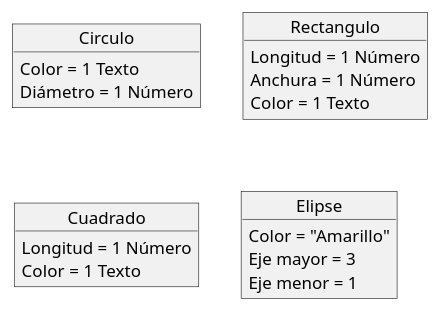
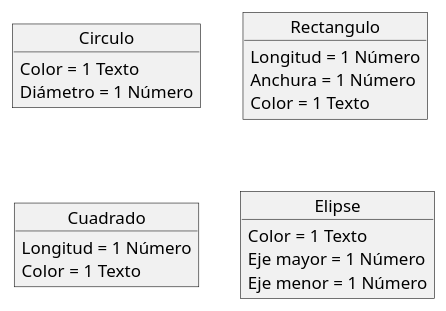
One commit to ElenaMegia/UMLs changed the diagram in Ejercicio5.plantuml. Above: the diagram before and after it, drawn with PlantUML. The commit also changed 6 other files, not shown here.

```diff
--- a/Ejercicio5.plantuml
+++ b/Ejercicio5.plantuml
@@ -1,24 +1,24 @@
 @startuml
 
 object Circulo
 object Rectangulo
 object Cuadrado
 object Elipse
 
 Circulo : Color = 1 Texto
 Circulo : Diámetro = 1 Número
 
 
 Rectangulo : Longitud = 1 Número
 Rectangulo : Anchura = 1 Número
 Rectangulo : Color = 1 Texto
 
 Cuadrado : Longitud = 1 Número
 Cuadrado : Color = 1 Texto
 
-Elipse : Color = "Amarillo"
-Elipse : Eje mayor = 3
-Elipse : Eje menor = 1
+Elipse : Color = 1 Texto
+Elipse : Eje mayor = 1 Número
+Elipse : Eje menor = 1 Número
 
 
 @enduml
```
